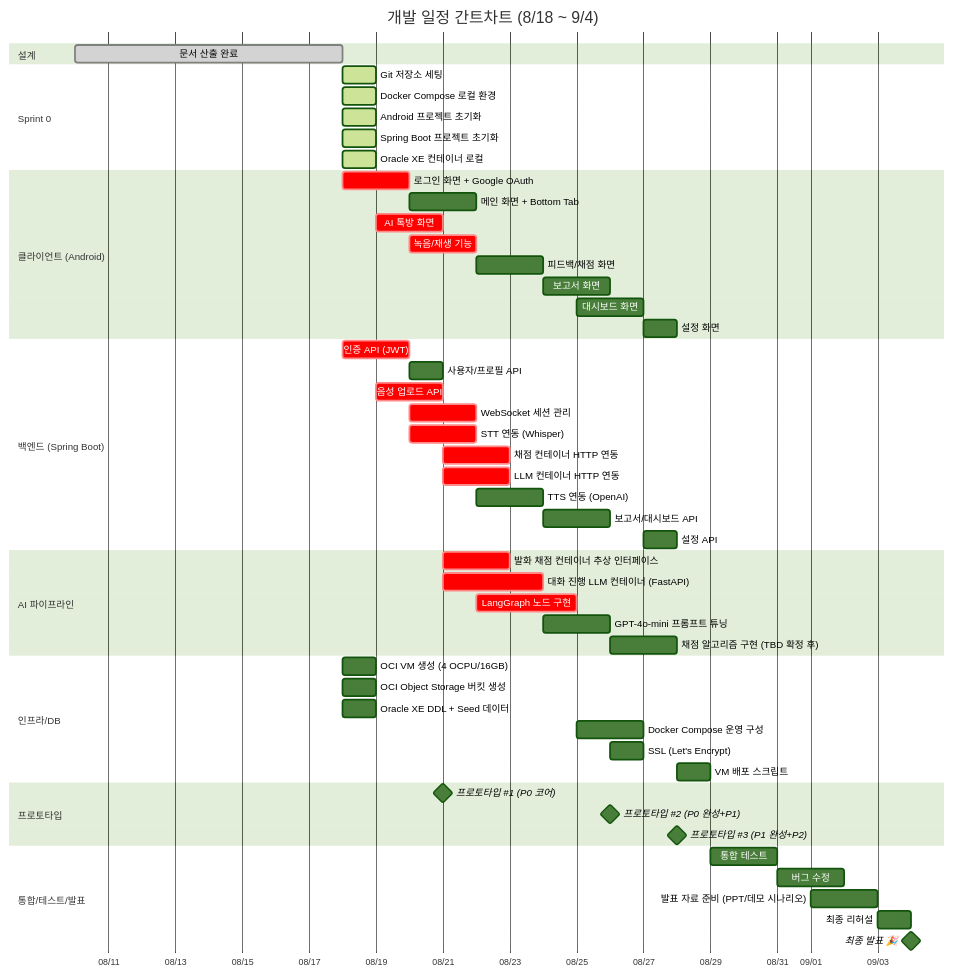
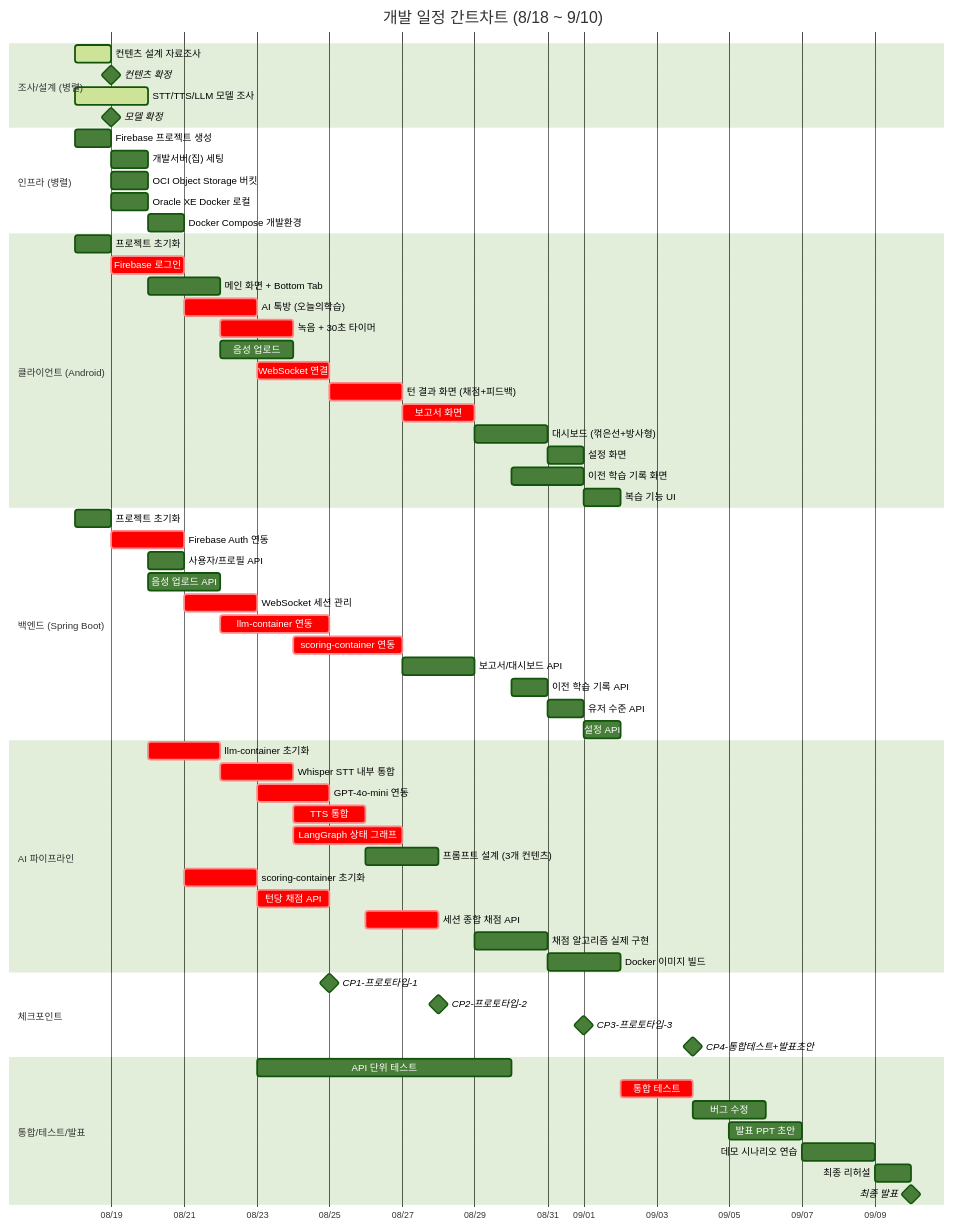
Before and after one commit to 2026SeSAC-Oracle-Team2/Documentations: the first of 2 diagrams in 07_WBS_Development_Plan.md, drawn with Mermaid (forest theme). The commit also changed other lines of this file and 7 other files, not shown here.

````diff
--- a/07_WBS_Development_Plan.md
+++ b/07_WBS_Development_Plan.md
@@ -18,66 +24,79 @@
 ```mermaid
 gantt
-    title 개발 일정 간트차트 (8/18 ~ 9/4)
+    title 개발 일정 간트차트 (8/18 ~ 9/10)
     dateFormat  YYYY-MM-DD
     axisFormat  %m/%d
     todayMarker off
 
-    section 설계
-    문서 산출 완료          :done, doc, 2026-08-10, 2026-08-18
 
-    section Sprint 0
-    Git 저장소 세팅         :active, git0, 2026-08-18, 1d
-    Docker Compose 로컬 환경 :active, docker0, 2026-08-18, 1d
-    Android 프로젝트 초기화  :active, and0, 2026-08-18, 1d
-    Spring Boot 프로젝트 초기화 :active, boot0, 2026-08-18, 1d
-    Oracle XE 컨테이너 로컬  :active, db0, 2026-08-18, 1d
+    section 조사/설계 (병렬)
+    컨텐츠 설계 자료조사     :active, content0, 2026-08-18, 1d
+    컨텐츠 확정              :milestone, content1, 2026-08-19, 0d
+    STT/TTS/LLM 모델 조사    :active, model0, 2026-08-18, 2d
+    모델 확정                :milestone, model1, 2026-08-19, 0d
+
+
+    section 인프라 (병렬)
+    Firebase 프로젝트 생성   :infra1, 2026-08-18, 1d
+    개발서버(집) 세팅        :infra2, 2026-08-19, 1d
+    OCI Object Storage 버킷  :infra3, 2026-08-19, 1d
+    Oracle XE Docker 로컬    :infra4, 2026-08-19, 1d
+    Docker Compose 개발환경  :infra5, 2026-08-20, 1d
+
 
     section 클라이언트 (Android)
-    로그인 화면 + Google OAuth :crit, and1, 2026-08-18, 2d
-    메인 화면 + Bottom Tab   :and2, after and1, 2d
-    AI 톡방 화면             :crit, and3, 2026-08-19, 2d
-    녹음/재생 기능           :crit, and4, 2026-08-20, 2d
-    피드백/채점 화면          :and5, 2026-08-22, 2d
-    보고서 화면              :and6, 2026-08-24, 2d
-    대시보드 화면            :and7, 2026-08-25, 2d
-    설정 화면               :and8, 2026-08-27, 1d
+    프로젝트 초기화           :and0, 2026-08-18, 1d
+    Firebase 로그인           :crit, and1, 2026-08-19, 2d
+    메인 화면 + Bottom Tab    :and2, 2026-08-20, 2d
+    AI 톡방 (오늘의학습)      :crit, and3, 2026-08-21, 2d
+    녹음 + 30초 타이머        :crit, and4, 2026-08-22, 2d
+    음성 업로드               :and5, 2026-08-22, 2d
+    WebSocket 연결            :crit, and6, 2026-08-23, 2d
+    턴 결과 화면 (채점+피드백) :crit, and7, 2026-08-25, 2d
+    보고서 화면               :crit, and8, 2026-08-27, 2d
+    대시보드 (꺾은선+방사형)   :and9, 2026-08-29, 2d
+    설정 화면                 :and10, 2026-08-31, 1d
+    이전 학습 기록 화면        :and11, 2026-08-30, 2d
+    복습 기능 UI              :and12, 2026-09-01, 1d
 
     section 백엔드 (Spring Boot)
-    인증 API (JWT)          :crit, api1, 2026-08-18, 2d
-    사용자/프로필 API       :api2, after api1, 1d
-    음성 업로드 API         :crit, api3, 2026-08-19, 2d
-    WebSocket 세션 관리      :crit, api4, 2026-08-20, 2d
-    STT 연동 (Whisper)      :crit, api5, 2026-08-20, 2d
-    채점 컨테이너 HTTP 연동   :crit, api6, 2026-08-21, 2d
-    LLM 컨테이너 HTTP 연동   :crit, api7, 2026-08-21, 2d
-    TTS 연동 (OpenAI)       :api8, 2026-08-22, 2d
-    보고서/대시보드 API      :api9, 2026-08-24, 2d
-    설정 API               :api10, 2026-08-27, 1d
+    프로젝트 초기화           :boot0, 2026-08-18, 1d
+    Firebase Auth 연동        :crit, api1, 2026-08-19, 2d
+    사용자/프로필 API         :api2, 2026-08-20, 1d
+    음성 업로드 API           :api3, 2026-08-20, 2d
+    WebSocket 세션 관리       :crit, api4, 2026-08-21, 2d
+    llm-container 연동        :crit, api5, 2026-08-22, 3d
+    scoring-container 연동    :crit, api6, 2026-08-24, 3d
+    보고서/대시보드 API        :api7, 2026-08-27, 2d
+    이전 학습 기록 API         :api8, 2026-08-30, 1d
+    유저 수준 API             :api9, 2026-08-31, 1d
+    설정 API                  :api10, 2026-09-01, 1d
 
     section AI 파이프라인
-    발화 채점 컨테이너 추상 인터페이스 :crit, ai1, 2026-08-21, 2d
-    대화 진행 LLM 컨테이너 (FastAPI)   :crit, ai2, 2026-08-21, 3d
-    LangGraph 노드 구현               :crit, ai3, 2026-08-22, 3d
-    GPT-4o-mini 프롬프트 튜닝         :ai4, 2026-08-24, 2d
-    채점 알고리즘 구현 (TBD 확정 후)   :ai5, 2026-08-26, 2d
+    llm-container 초기화      :crit, ai1, 2026-08-20, 2d
+    Whisper STT 내부 통합      :crit, ai2, 2026-08-22, 2d
+    GPT-4o-mini 연동          :crit, ai3, 2026-08-23, 2d
+    TTS 통합                  :crit, ai4, 2026-08-24, 2d
+    LangGraph 상태 그래프      :crit, ai5, 2026-08-24, 3d
+    프롬프트 설계 (3개 컨텐츠)  :ai6, 2026-08-26, 2d
+    scoring-container 초기화  :crit, ai7, 2026-08-21, 2d
+    턴당 채점 API             :crit, ai8, 2026-08-23, 2d
+    세션 종합 채점 API         :crit, ai9, 2026-08-26, 2d
+    채점 알고리즘 실제 구현    :ai10, 2026-08-29, 2d
+    Docker 이미지 빌드         :ai11, 2026-08-31, 2d
 
-    section 인프라/DB
-    OCI VM 생성 (4 OCPU/16GB)        :infra1, 2026-08-18, 1d
-    OCI Object Storage 버킷 생성      :infra2, 2026-08-18, 1d
-    Oracle XE DDL + Seed 데이터      :infra3, 2026-08-18, 1d
-    Docker Compose 운영 구성         :infra4, 2026-08-25, 2d
-    SSL (Let's Encrypt)             :infra5, 2026-08-26, 1d
-    VM 배포 스크립트                 :infra6, 2026-08-28, 1d
-
-    section 프로토타입
-    프로토타입 #1 (P0 코어)          :milestone, proto1, 2026-08-21, 0d
-    프로토타입 #2 (P0 완성+P1)       :milestone, proto2, 2026-08-26, 0d
-    프로토타입 #3 (P1 완성+P2)       :milestone, proto3, 2026-08-28, 0d
+    section 체크포인트
+    CP1-프로토타입-1          :milestone, cp1, 2026-08-25, 0d
+    CP2-프로토타입-2          :milestone, cp2, 2026-08-28, 0d
+    CP3-프로토타입-3          :milestone, cp3, 2026-09-01, 0d
+    CP4-통합테스트+발표초안    :milestone, cp4, 2026-09-04, 0d
 
     section 통합/테스트/발표
-    통합 테스트                      :test, 2026-08-29, 2d
-    버그 수정                        :fix, 2026-08-31, 2d
-    발표 자료 준비 (PPT/데모 시나리오) :present, 2026-09-01, 2d
-    최종 리허설                      :rehearsal, 2026-09-03, 1d
-    최종 발표 🎉                     :milestone, final, 2026-09-04, 0d
+    API 단위 테스트            :t1, 2026-08-23, 7d
+    통합 테스트                :crit, t2, 2026-09-02, 2d
+    버그 수정                  :t3, 2026-09-04, 2d
+    발표 PPT 초안              :t4, 2026-09-05, 2d
+    데모 시나리오 연습          :t5, 2026-09-07, 2d
+    최종 리허설                :t6, 2026-09-09, 1d
+    최종 발표                  :milestone, final, 2026-09-10, 0d
 ```
````
